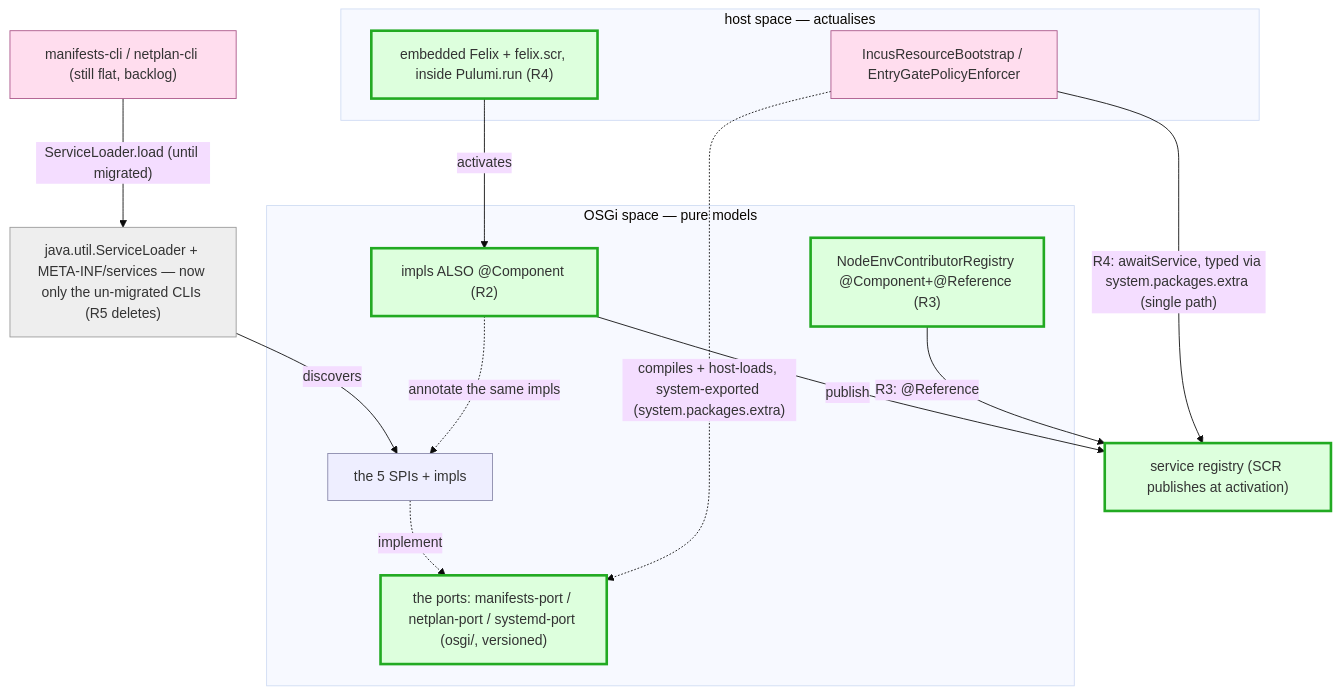
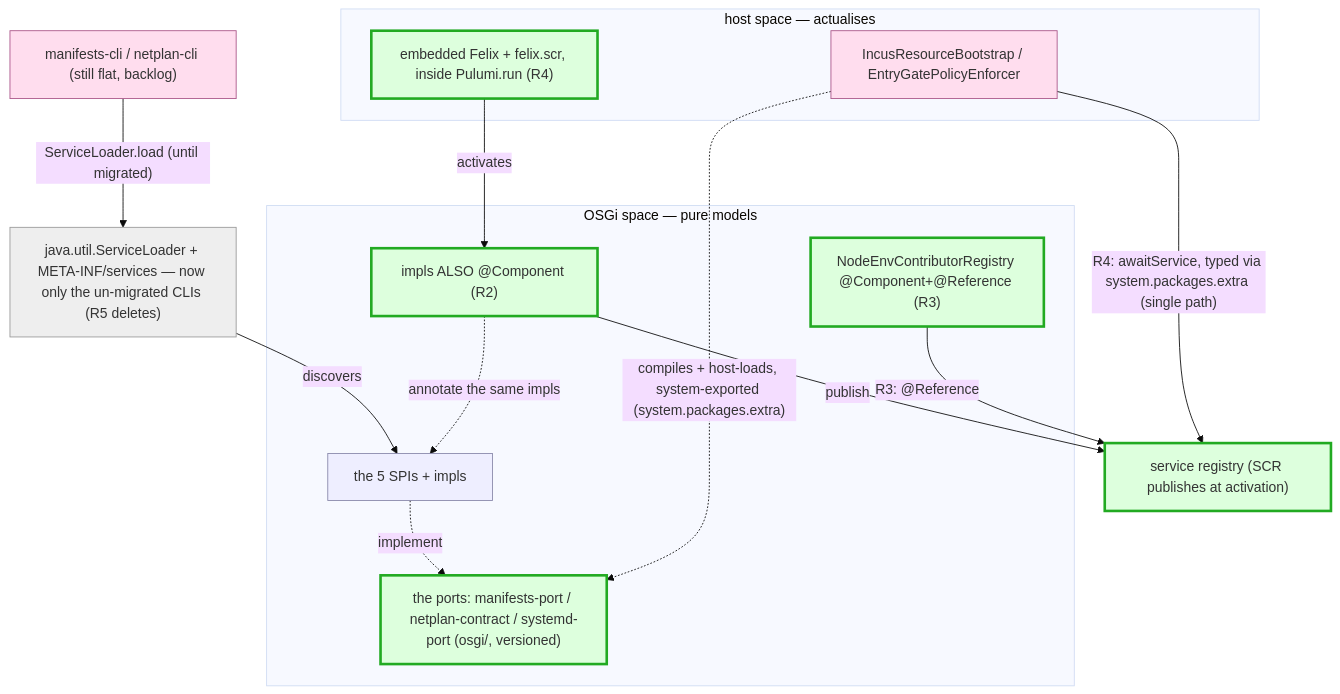
The third of 4 diagrams in docs/architecture/atlas/runtime.adoc (nxmatic/rke2lab), drawn with Mermaid (base theme) before and after one commit. The commit also changed other lines of this file, not shown here.

First line of the commit message:
docs(runtime): rename netplan.api to netplan-contract and prune realised migration notes

```diff
--- a/docs/architecture/atlas/runtime.adoc
+++ b/docs/architecture/atlas/runtime.adoc
@@ -150,34 +150,34 @@
 [mermaid]
 ....
 flowchart TB
   subgraph OSGI["OSGi space — pure models"]
-    bapi["the ports: manifests-port / netplan-port / systemd-port (osgi/, versioned)"]:::neu
+    bapi["the ports: manifests-port / netplan-contract / systemd-port (osgi/, versioned)"]:::neu
     spi["the 5 SPIs + impls"]:::osgi
     comp["impls ALSO @Component (R2)"]:::neu
     reg2["NodeEnvContributorRegistry @Component+@Reference (R3)"]:::neu
   end
   subgraph HOST["host space — actualises"]
     seam0["IncusResourceBootstrap / EntryGatePolicyEnforcer"]:::host
     fx["embedded Felix + felix.scr, inside Pulumi.run (R4)"]:::neu
   end
   sl["java.util.ServiceLoader + META-INF/services — now only the un-migrated CLIs (R5 deletes)"]:::found
   cli["manifests-cli / netplan-cli (still flat, backlog)"]:::host
   reg["service registry (SCR publishes at activation)"]:::neu
   cli -->|"ServiceLoader.load (until migrated)"| sl
   sl -->|discovers| spi
   comp -.->|annotate the same impls| spi
   fx -->|activates| comp
   comp -->|publish| reg
   seam0 -->|"R4: awaitService, typed via system.packages.extra (single path)"| reg
   reg2 -->|"R3: @Reference"| reg
   spi -.->|implement| bapi
   seam0 -.->|"compiles + host-loads, system-exported (system.packages.extra)"| bapi
   classDef osgi fill:#eef,stroke:#88a,stroke-width:1px;
   classDef host fill:#fde,stroke:#a58,stroke-width:1px;
   classDef found fill:#eee,stroke:#999,stroke-width:1px;
   classDef neu fill:#dfd,stroke:#2a2,stroke-width:3px;
   class spi osgi;
   class seam0,cli host;
   class sl found;
   class comp,reg2,reg,fx,bapi neu;
 ....
```
